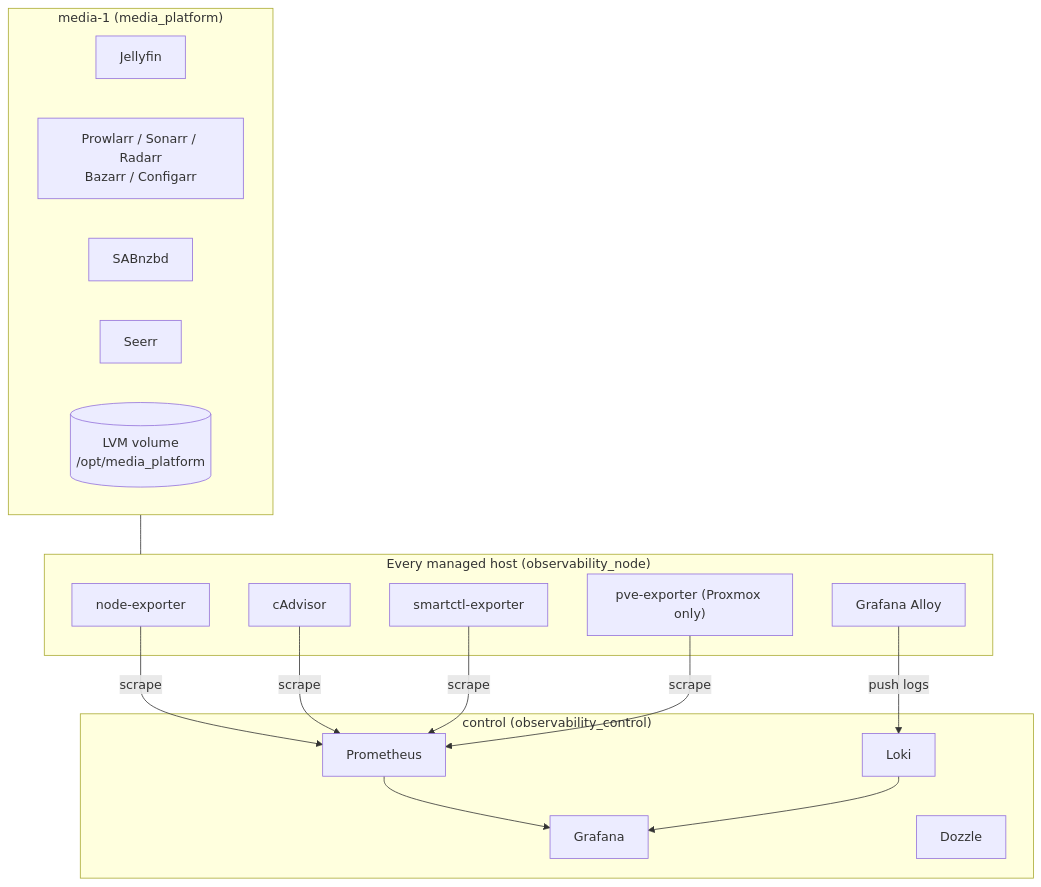
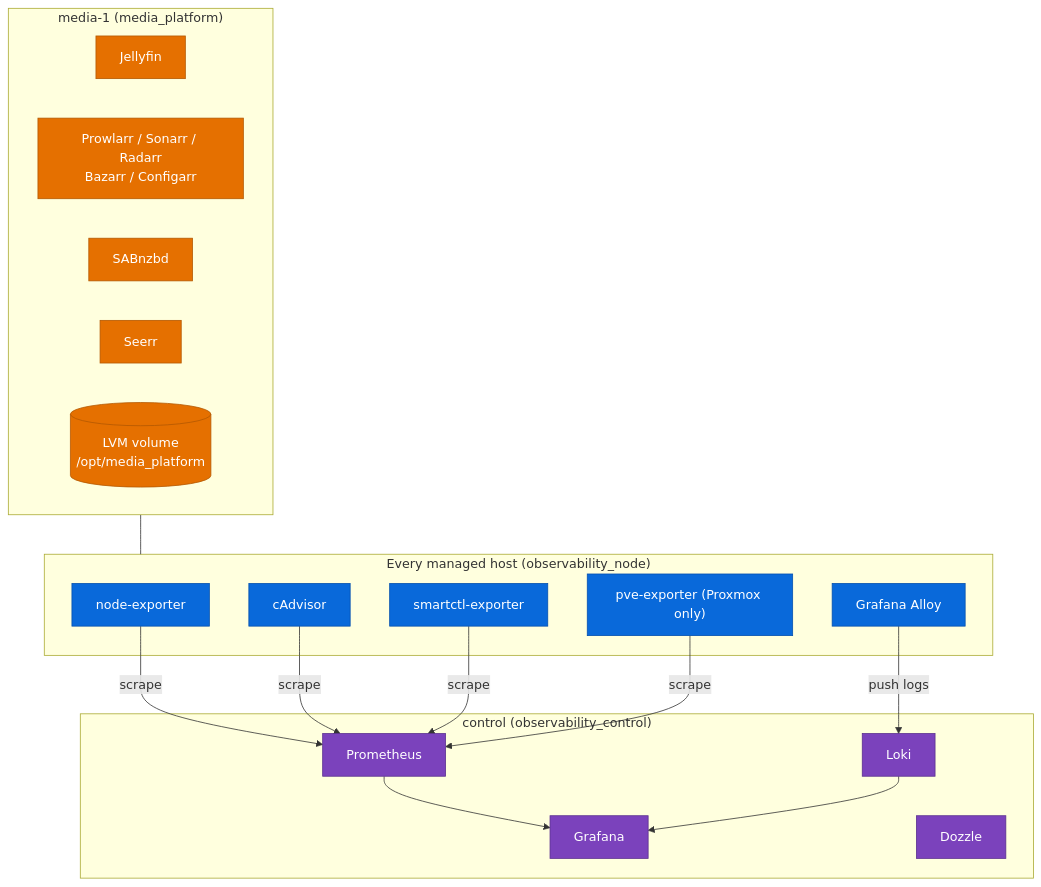
One commit to RashunB/Homelab-Docker changed the second of 3 diagrams in README.md. Above: the diagram before and after it, drawn with Mermaid. The commit also changed other lines of this file, not shown here.

````diff
--- a/README.md
+++ b/README.md
@@ -67,34 +78,41 @@
 ```mermaid
 flowchart TB
     subgraph CONTROL["control (observability_control)"]
         PROM["Prometheus"]
         LOKI["Loki"]
         GRAF["Grafana"]
         DOZ["Dozzle"]
     end
 
     subgraph MEDIA["media-1 (media_platform)"]
         JF["Jellyfin"]
         ARR["Prowlarr / Sonarr / Radarr<br/>Bazarr / Configarr"]
         SAB["SABnzbd"]
         SEERR["Seerr"]
         LVM[("LVM volume<br/>/opt/media_platform")]
     end
 
     subgraph NODES["Every managed host (observability_node)"]
         NE["node-exporter"]
         CAD["cAdvisor"]
         ALLOY["Grafana Alloy"]
         SMART["smartctl-exporter"]
         PVEX["pve-exporter (Proxmox only)"]
     end
 
     NE -->|scrape| PROM
     CAD -->|scrape| PROM
     SMART -->|scrape| PROM
     PVEX -->|scrape| PROM
     ALLOY -->|push logs| LOKI
     PROM --> GRAF
     LOKI --> GRAF
     MEDIA --- NODES
+
+    classDef ctrl fill:#7B42BC,color:#fff,stroke:#5a2f8f
+    classDef proxmox fill:#E57000,color:#fff,stroke:#b35800
+    classDef node fill:#0969da,color:#fff,stroke:#0550ae
+    class PROM,LOKI,GRAF,DOZ ctrl
+    class JF,ARR,SAB,SEERR,LVM proxmox
+    class NE,CAD,ALLOY,SMART,PVEX node
 ```
````
